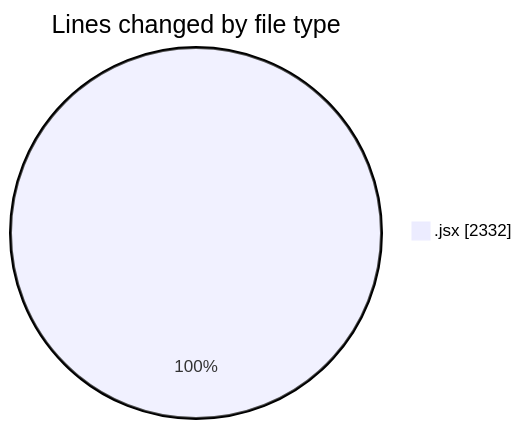
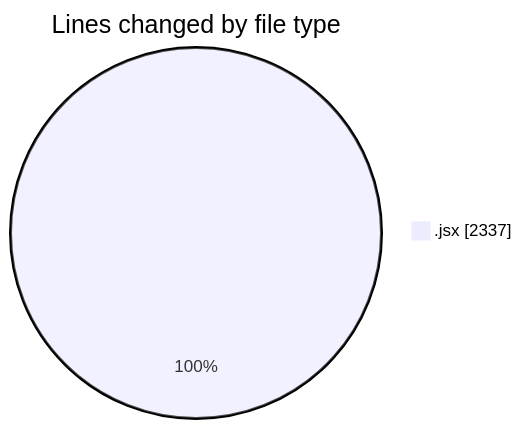
Before and after one commit to nxtqubesakshisongat/code-tracking: the first of 2 diagrams in 2025-05-23/nxtqube_webapp/README.md, drawn with Mermaid. The commit also changed other lines of this file and 1 other file, not shown here.

````diff
--- a/2025-05-23/nxtqube_webapp/README.md
+++ b/2025-05-23/nxtqube_webapp/README.md
@@ -21,5 +21,5 @@
 ```mermaid
 pie showData
 title Lines changed by file type
-".jsx" : 2332
+".jsx" : 2337
 ```
````
